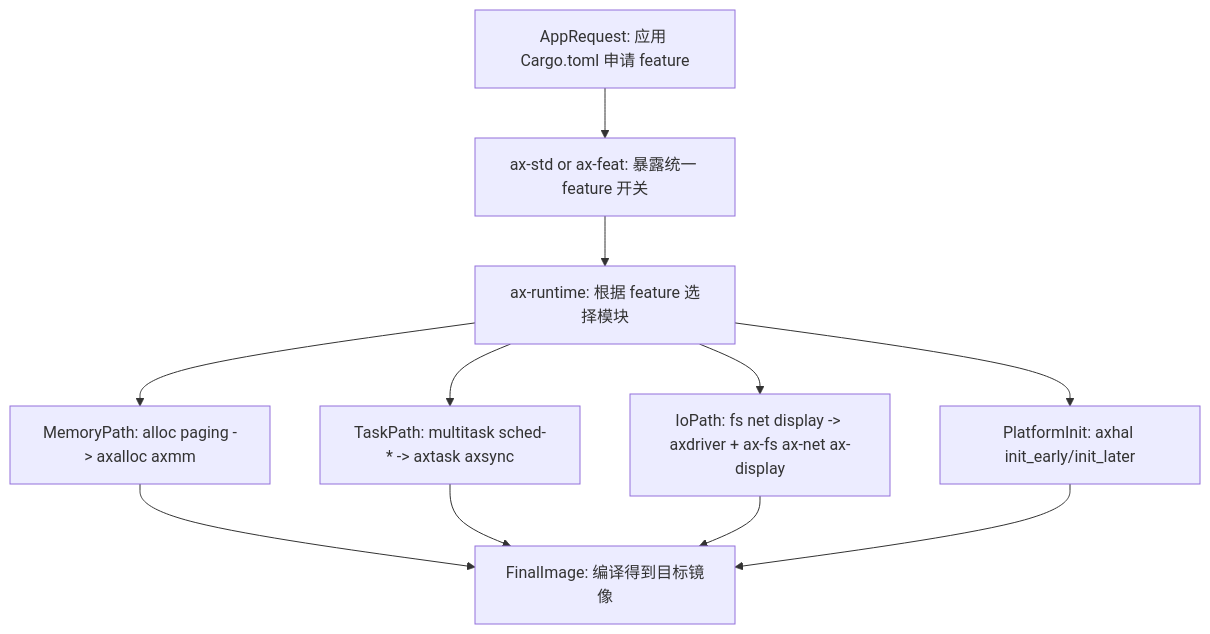
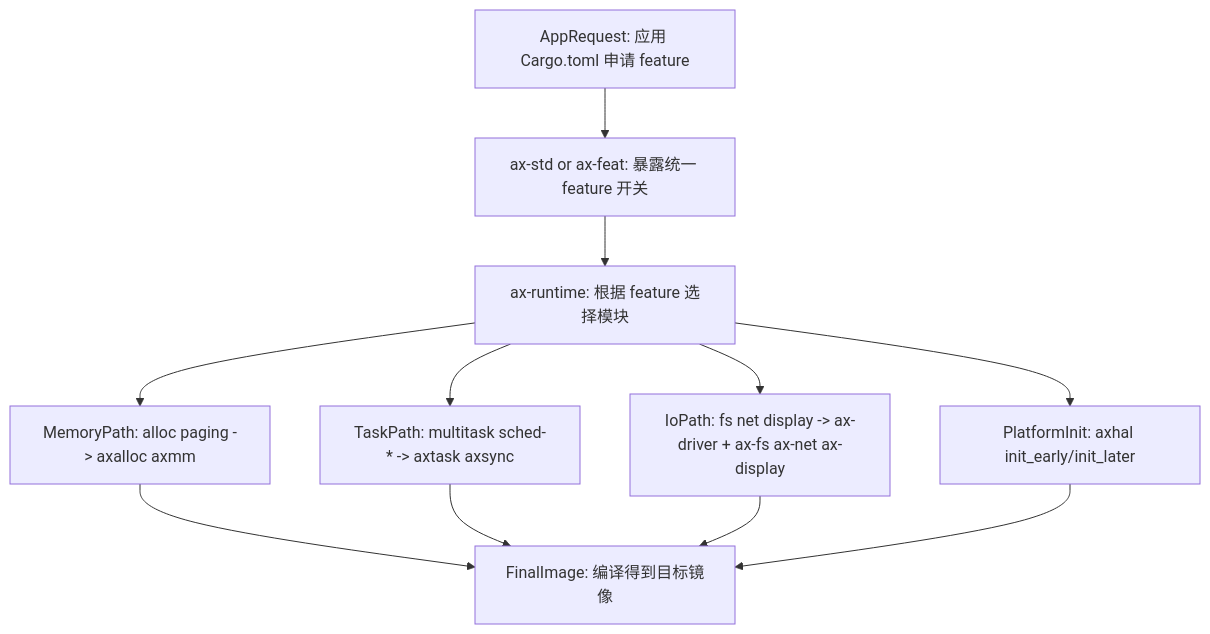
One commit to zKurisu/tgoskits changed the second of 5 diagrams in docs/arceos-internals.md. Above: the diagram before and after it, drawn with Mermaid. The commit also changed other lines of this file and 73 other files, not shown here.

Commit message:
rename axdriver to ax-driver

````diff
--- a/docs/arceos-internals.md
+++ b/docs/arceos-internals.md
@@ -122,22 +122,22 @@
 ```mermaid
 flowchart TD
     appRequest["AppRequest: 应用 Cargo.toml 申请 feature"]
     axstdAxfeat["ax-std or ax-feat: 暴露统一 feature 开关"]
     runtimeGate["ax-runtime: 根据 feature 选择模块"]
     memPath["MemoryPath: alloc paging -> axalloc axmm"]
     taskPath["TaskPath: multitask sched-* -> axtask axsync"]
-    ioPath["IoPath: fs net display -> axdriver + ax-fs ax-net ax-display"]
+    ioPath["IoPath: fs net display -> ax-driver + ax-fs ax-net ax-display"]
     platformInit["PlatformInit: axhal init_early/init_later"]
     finalImage["FinalImage: 编译得到目标镜像"]
 
     appRequest --> axstdAxfeat
     axstdAxfeat --> runtimeGate
     runtimeGate --> memPath
     runtimeGate --> taskPath
     runtimeGate --> ioPath
     runtimeGate --> platformInit
     memPath --> finalImage
     taskPath --> finalImage
     ioPath --> finalImage
     platformInit --> finalImage
 ```
````
